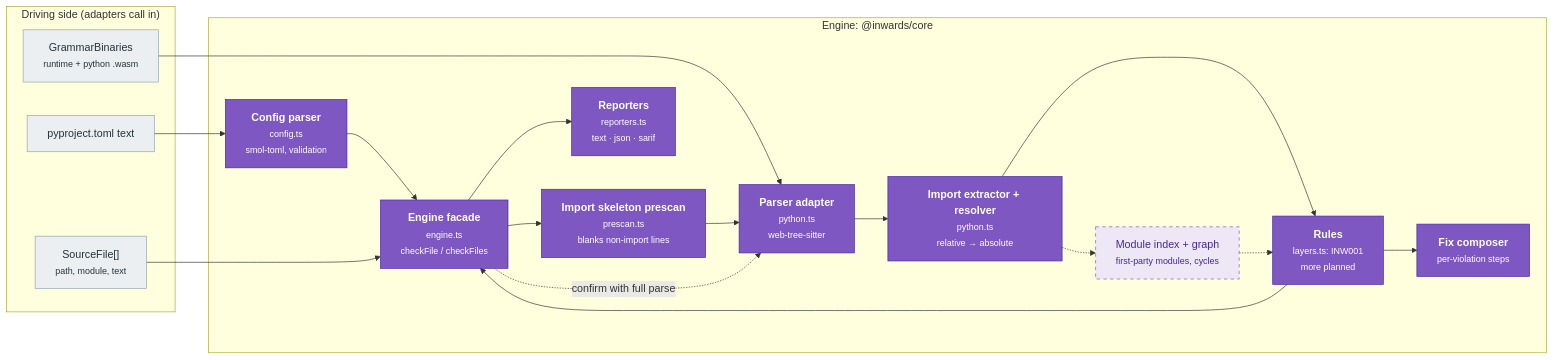
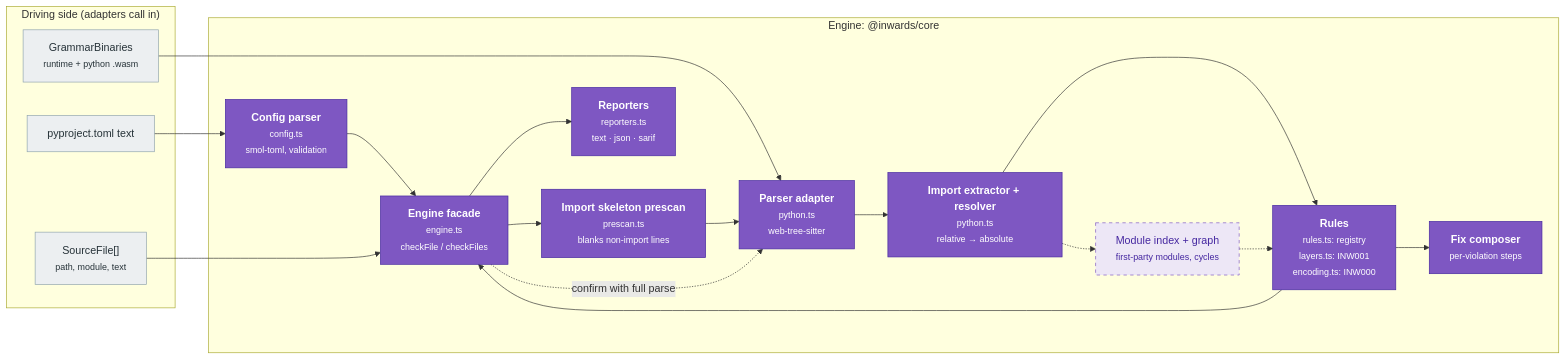
The third of 6 diagrams in docs/chapters/03-Architecture-C4.md (SirCypkowskyy/inwards), drawn with Mermaid before and after one commit. The commit also changed other lines of this file and 7 other files, not shown here.

First line of the commit message:
Rule registry: metadata in one place, SARIF rules[] built from it

````diff
--- a/docs/chapters/03-Architecture-C4.md
+++ b/docs/chapters/03-Architecture-C4.md
@@ -108,37 +108,37 @@
 ```mermaid
 flowchart LR
     subgraph driving["Driving side (adapters call in)"]
         files["SourceFile[]<br/><small>path, module, text</small>"]
         cfgtext["pyproject.toml text"]
         wasm["GrammarBinaries<br/><small>runtime + python .wasm</small>"]
     end
 
     subgraph enginebox["Engine: @inwards/core"]
         config["<b>Config parser</b><br/><small>config.ts<br/>smol-toml, validation</small>"]
         pre["<b>Import skeleton prescan</b><br/><small>prescan.ts<br/>blanks non-import lines</small>"]
         parser["<b>Parser adapter</b><br/><small>python.ts<br/>web-tree-sitter</small>"]
         extract["<b>Import extractor + resolver</b><br/><small>python.ts<br/>relative → absolute</small>"]
-        rules["<b>Rules</b><br/><small>layers.ts: INW001<br/>more planned</small>"]
+        rules["<b>Rules</b><br/><small>rules.ts: registry<br/>layers.ts: INW001<br/>encoding.ts: INW000</small>"]
         fix["<b>Fix composer</b><br/><small>per-violation steps</small>"]
         report["<b>Reporters</b><br/><small>reporters.ts<br/>text · json · sarif</small>"]
         engine["<b>Engine facade</b><br/><small>engine.ts<br/>checkFile / checkFiles</small>"]
         modgraph["Module index + graph<br/><small>first-party modules, cycles</small>"]
     end
 
     cfgtext --> config --> engine
     wasm --> parser
     files --> engine
     engine --> pre --> parser --> extract --> rules
     rules --> fix
     rules --> engine
     engine -. "confirm with full parse" .-> parser
     extract -.-> modgraph -.-> rules
     engine --> report
 
     classDef comp fill:#7e57c2,color:#fff,stroke:#4527a0
     classDef planned fill:#ede7f6,color:#4527a0,stroke:#7e57c2,stroke-dasharray:5 5
     classDef port fill:#eceff1,color:#263238,stroke:#90a4ae
     class config,pre,parser,extract,rules,fix,report,engine comp
     class modgraph planned
     class files,cfgtext,wasm port
 ```
````
